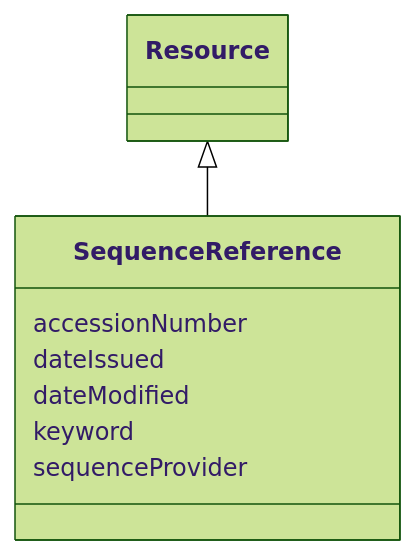
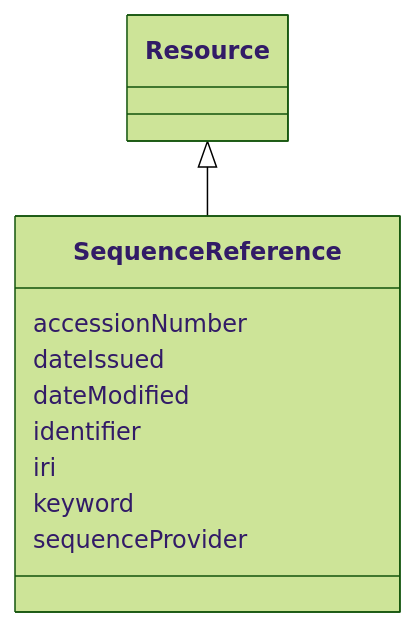
Before and after one commit to EVORA-project/evora-ontology: the diagram in models/docs/SequenceReference.md, drawn with Mermaid (forest theme). The commit also changed other lines of this file and 391 other files, not shown here.

````diff
--- a/models/docs/SequenceReference.md
+++ b/models/docs/SequenceReference.md
@@ -19,19 +19,23 @@
 ```mermaid
  classDiagram
     class SequenceReference
     click SequenceReference href "../SequenceReference"
       Resource <|-- SequenceReference
         click Resource href "../Resource"
       
       SequenceReference : accessionNumber
         
       SequenceReference : dateIssued
         
       SequenceReference : dateModified
         
+      SequenceReference : identifier
+        
+      SequenceReference : iri
+        
       SequenceReference : keyword
         
       SequenceReference : sequenceProvider
         
       
 ```
````
